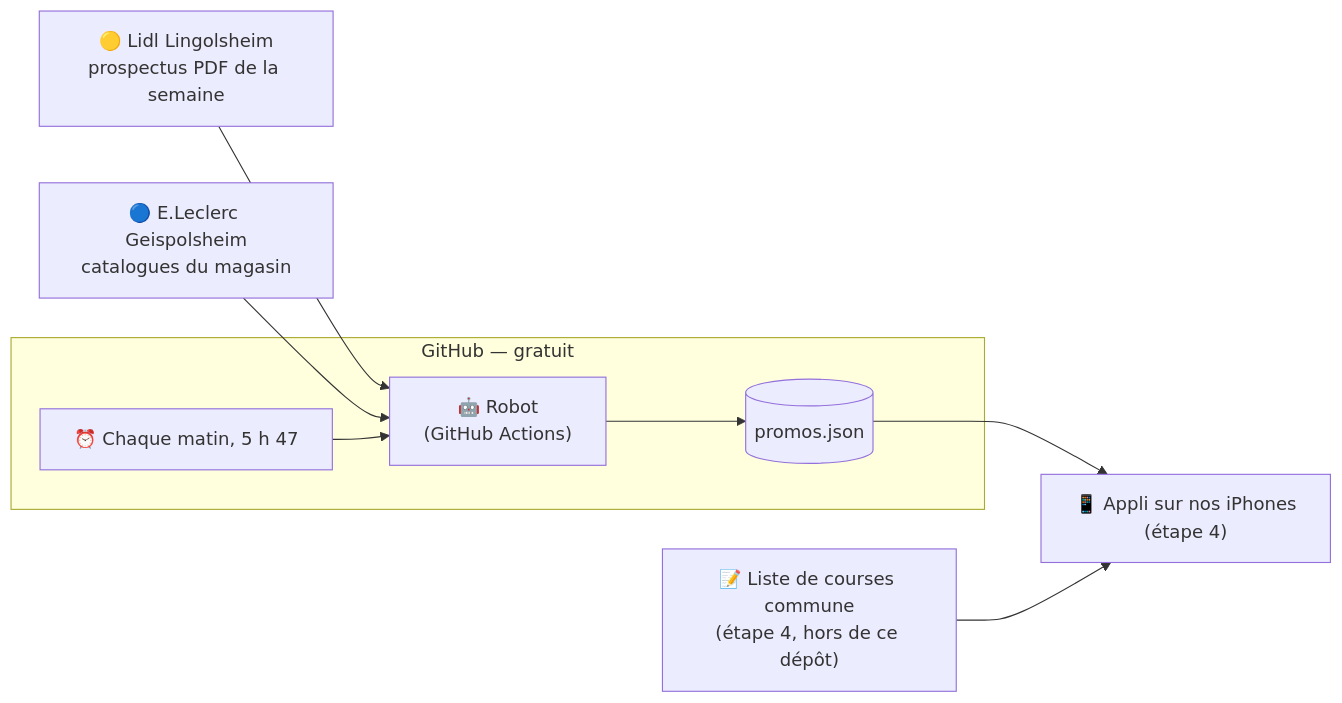
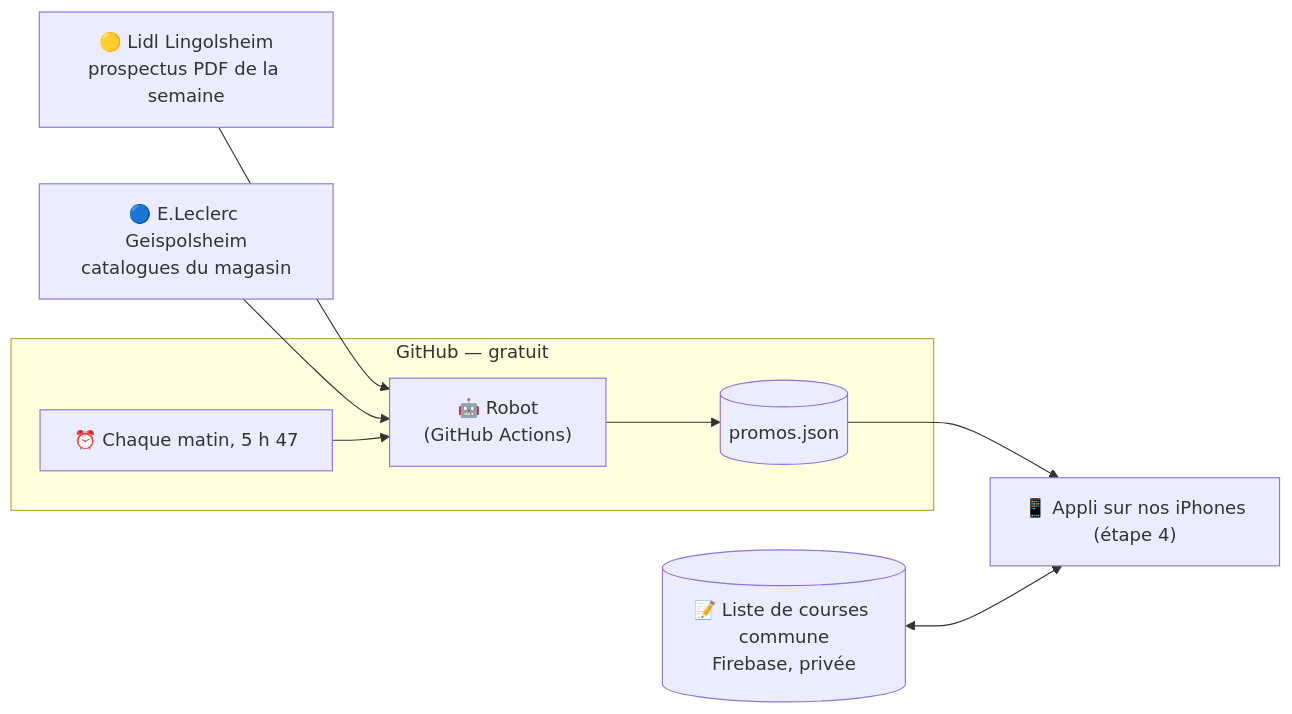
Before and after one commit to LASCAMPIA67/promos-courses: the diagram in README.md, drawn with Mermaid. The commit also changed other lines of this file and 11 other files, not shown here.

First line of the commit message:
Liste commune : règles d'accès Firebase et leurs tests

````diff
--- a/README.md
+++ b/README.md
@@ -49,11 +50,11 @@
 ```mermaid
 flowchart LR
     L["🟡 Lidl Lingolsheim<br/>prospectus PDF de la semaine"] --> R
     E["🔵 E.Leclerc Geispolsheim<br/>catalogues du magasin"] --> R
     subgraph G["GitHub — gratuit"]
         H["⏰ Chaque matin, 5 h 47"] --> R["🤖 Robot<br/>(GitHub Actions)"]
         R --> J[("promos.json")]
     end
     J --> A["📱 Appli sur nos iPhones<br/>(étape 4)"]
-    C["📝 Liste de courses commune<br/>(étape 4, hors de ce dépôt)"] --> A
+    C[("📝 Liste de courses commune<br/>Firebase, privée")] <--> A
 ```
````
